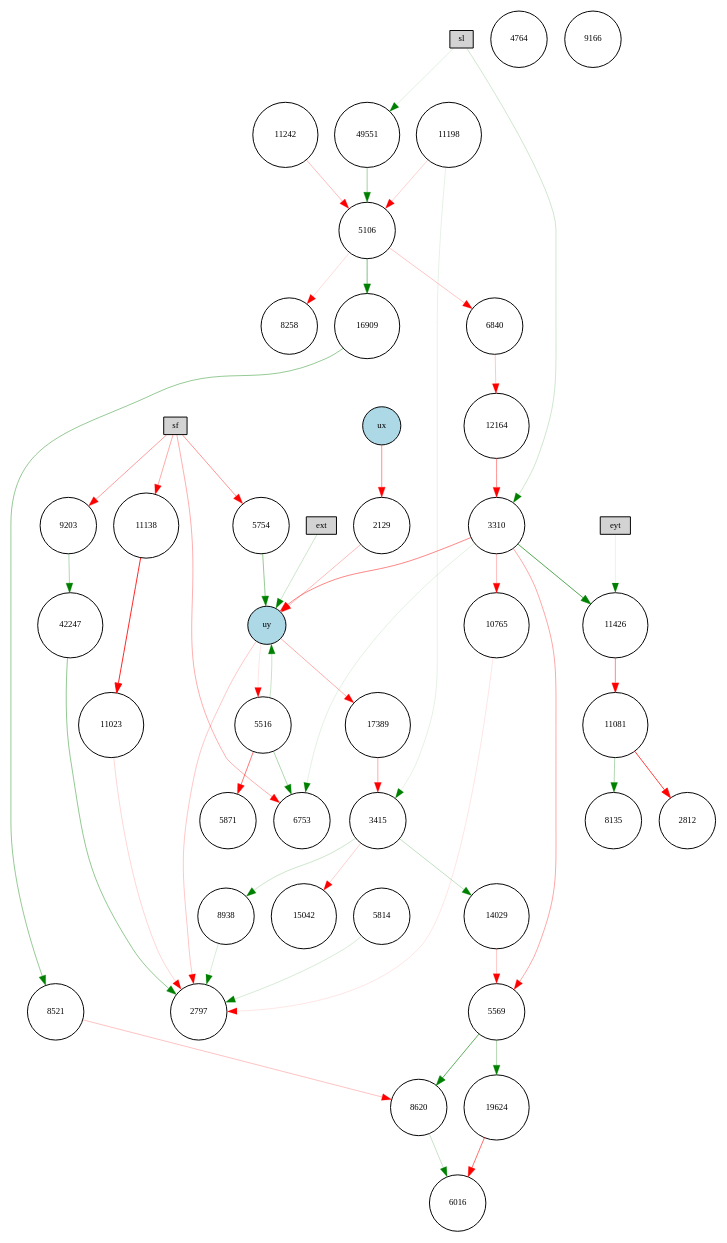
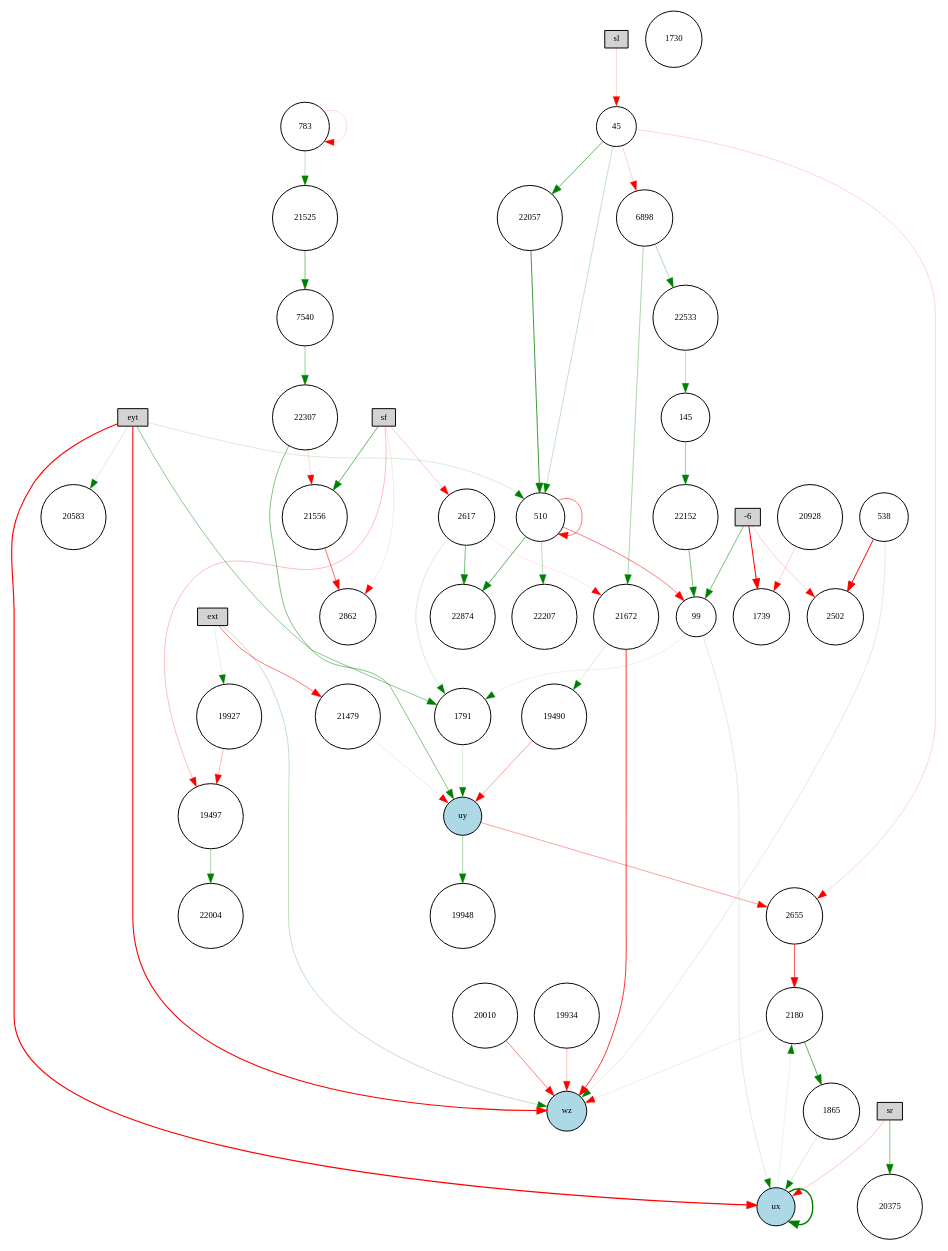
Before and after one commit to KaiL4eK/reinforcement_learning_sandbox: the diagram in pictures_ctrnn/winner-feedforward-enabled.gv, drawn with Graphviz. The commit also changed 20 other files, not shown here.

```diff
--- a/pictures_ctrnn/winner-feedforward-enabled.gv
+++ b/pictures_ctrnn/winner-feedforward-enabled.gv
@@ -1,98 +1,113 @@
 digraph {
 	node [fontsize=9 height=0.2 shape=circle width=0.2]
 	ext [fillcolor=lightgray shape=box style=filled]
 	eyt [fillcolor=lightgray shape=box style=filled]
 	sf [fillcolor=lightgray shape=box style=filled]
 	sl [fillcolor=lightgray shape=box style=filled]
+	sr [fillcolor=lightgray shape=box style=filled]
+	-6 [fillcolor=lightgray shape=box style=filled]
 	ux [fillcolor=lightblue style=filled]
 	uy [fillcolor=lightblue style=filled]
-	6016 [fillcolor=white style=filled]
-	11138 [fillcolor=white style=filled]
-	12164 [fillcolor=white style=filled]
-	42247 [fillcolor=white style=filled]
-	5516 [fillcolor=white style=filled]
-	10765 [fillcolor=white style=filled]
-	16909 [fillcolor=white style=filled]
-	49551 [fillcolor=white style=filled]
-	11023 [fillcolor=white style=filled]
-	4764 [fillcolor=white style=filled]
-	11426 [fillcolor=white style=filled]
-	19624 [fillcolor=white style=filled]
-	8620 [fillcolor=white style=filled]
-	5814 [fillcolor=white style=filled]
-	6840 [fillcolor=white style=filled]
-	11198 [fillcolor=white style=filled]
-	5569 [fillcolor=white style=filled]
-	8258 [fillcolor=white style=filled]
-	15042 [fillcolor=white style=filled]
-	8135 [fillcolor=white style=filled]
-	8521 [fillcolor=white style=filled]
-	11081 [fillcolor=white style=filled]
-	14029 [fillcolor=white style=filled]
-	9166 [fillcolor=white style=filled]
-	2129 [fillcolor=white style=filled]
-	3415 [fillcolor=white style=filled]
-	6753 [fillcolor=white style=filled]
-	11242 [fillcolor=white style=filled]
-	8938 [fillcolor=white style=filled]
-	2797 [fillcolor=white style=filled]
-	17389 [fillcolor=white style=filled]
-	3310 [fillcolor=white style=filled]
-	5871 [fillcolor=white style=filled]
-	5106 [fillcolor=white style=filled]
-	9203 [fillcolor=white style=filled]
-	5754 [fillcolor=white style=filled]
-	2812 [fillcolor=white style=filled]
-	17389 -> 3415 [color=red penwidth=0.34614506023831815 style=solid]
-	5516 -> uy [color=green penwidth=0.23093926866036013 style=solid]
-	11426 -> 11081 [color=red penwidth=0.48623875574002484 style=solid]
-	42247 -> 2797 [color=green penwidth=0.43632363521617756 style=solid]
-	11198 -> 3415 [color=green penwidth=0.10505853788633919 style=solid]
-	2129 -> uy [color=red penwidth=0.27530949339030697 style=solid]
-	12164 -> 3310 [color=red penwidth=0.44306949188534817 style=solid]
-	5569 -> 19624 [color=green penwidth=0.3216588320785131 style=solid]
-	sl -> 3310 [color=green penwidth=0.20212825845497895 style=solid]
-	6840 -> 12164 [color=red penwidth=0.2324470419311897 style=solid]
-	5106 -> 16909 [color=green penwidth=0.5056017387455906 style=solid]
-	11023 -> 2797 [color=red penwidth=0.17410840105472947 style=solid]
-	5569 -> 8620 [color=green penwidth=0.6480099597842315 style=solid]
-	sf -> 6753 [color=red penwidth=0.33174381594822167 style=solid]
-	8620 -> 6016 [color=green penwidth=0.2277472433448042 style=solid]
-	3415 -> 15042 [color=red penwidth=0.20040656157232822 style=solid]
-	11242 -> 5106 [color=red penwidth=0.27969643214271944 style=solid]
-	sf -> 11138 [color=red penwidth=0.3484770770426562 style=solid]
-	9203 -> 42247 [color=green penwidth=0.32271293332348105 style=solid]
-	5754 -> uy [color=green penwidth=0.4331995287619351 style=solid]
-	16909 -> 8521 [color=green penwidth=0.4320250360212363 style=solid]
-	11198 -> 5106 [color=red penwidth=0.1935045247551207 style=solid]
-	3310 -> uy [color=red penwidth=0.48721304460318327 style=solid]
-	11081 -> 8135 [color=green penwidth=0.32053420750796674 style=solid]
-	5516 -> 5871 [color=red penwidth=0.5567888895429403 style=solid]
-	5814 -> 2797 [color=green penwidth=0.16840571511846525 style=solid]
-	sf -> 9203 [color=red penwidth=0.3992075689379728 style=solid]
-	5106 -> 6840 [color=red penwidth=0.2352705840954907 style=solid]
-	8938 -> 2797 [color=green penwidth=0.15858376445868005 style=solid]
-	ext -> uy [color=green penwidth=0.20939136286315033 style=solid]
-	sl -> 49551 [color=green penwidth=0.13037070275777532 style=solid]
-	19624 -> 6016 [color=red penwidth=0.5924315868982178 style=solid]
-	11081 -> 2812 [color=red penwidth=0.7726432046094518 style=solid]
-	49551 -> 5106 [color=green penwidth=0.384392552027467 style=solid]
-	3310 -> 11426 [color=green penwidth=0.7054768664355389 style=solid]
-	8521 -> 8620 [color=red penwidth=0.25075504237281976 style=solid]
-	14029 -> 5569 [color=red penwidth=0.23716027575766674 style=solid]
-	5516 -> 6753 [color=green penwidth=0.33271110222922295 style=solid]
-	10765 -> 2797 [color=red penwidth=0.11286645444033526 style=solid]
-	uy -> 5516 [color=red penwidth=0.10945847791532251 style=solid]
-	5106 -> 8258 [color=red penwidth=0.153078183132502 style=solid]
-	uy -> 2797 [color=red penwidth=0.23352329542313877 style=solid]
-	eyt -> 11426 [color=green penwidth=0.10095857965780627 style=solid]
-	3310 -> 5569 [color=red penwidth=0.3611084965572935 style=solid]
-	3310 -> 10765 [color=red penwidth=0.2757043327093554 style=solid]
-	ux -> 2129 [color=red penwidth=0.46473676162812216 style=solid]
-	3310 -> 6753 [color=green penwidth=0.11543152150032633 style=solid]
-	3415 -> 8938 [color=green penwidth=0.20788856174999237 style=solid]
-	uy -> 17389 [color=red penwidth=0.33942981530415084 style=solid]
-	11138 -> 11023 [color=red penwidth=0.8675770203003772 style=solid]
-	3415 -> 14029 [color=green penwidth=0.2564409344223739 style=solid]
-	sf -> 5754 [color=red penwidth=0.42687501737111 style=solid]
+	wz [fillcolor=lightblue style=filled]
+	2180 [fillcolor=white style=filled]
+	22533 [fillcolor=white style=filled]
+	22152 [fillcolor=white style=filled]
+	783 [fillcolor=white style=filled]
+	145 [fillcolor=white style=filled]
+	21525 [fillcolor=white style=filled]
+	20375 [fillcolor=white style=filled]
+	538 [fillcolor=white style=filled]
+	19490 [fillcolor=white style=filled]
+	22307 [fillcolor=white style=filled]
+	21672 [fillcolor=white style=filled]
+	19497 [fillcolor=white style=filled]
+	20010 [fillcolor=white style=filled]
+	22057 [fillcolor=white style=filled]
+	45 [fillcolor=white style=filled]
+	2862 [fillcolor=white style=filled]
+	21556 [fillcolor=white style=filled]
+	2617 [fillcolor=white style=filled]
+	22207 [fillcolor=white style=filled]
+	20928 [fillcolor=white style=filled]
+	1730 [fillcolor=white style=filled]
+	2502 [fillcolor=white style=filled]
+	1865 [fillcolor=white style=filled]
+	1739 [fillcolor=white style=filled]
+	19927 [fillcolor=white style=filled]
+	22874 [fillcolor=white style=filled]
+	19934 [fillcolor=white style=filled]
+	2655 [fillcolor=white style=filled]
+	99 [fillcolor=white style=filled]
+	20583 [fillcolor=white style=filled]
+	21479 [fillcolor=white style=filled]
+	19948 [fillcolor=white style=filled]
+	6898 [fillcolor=white style=filled]
+	22004 [fillcolor=white style=filled]
+	7540 [fillcolor=white style=filled]
+	510 [fillcolor=white style=filled]
+	1791 [fillcolor=white style=filled]
+	21525 -> 7540 [color=green penwidth=0.5012637404875455 style=solid]
+	19497 -> 22004 [color=green penwidth=0.3367084468200715 style=solid]
+	sf -> 19497 [color=red penwidth=0.2697625939766527 style=solid]
+	510 -> 22207 [color=green penwidth=0.2836053205509269 style=solid]
+	eyt -> wz [color=red penwidth=1.116586694239463 style=solid]
+	sf -> 2617 [color=red penwidth=0.22073739169903644 style=solid]
+	eyt -> ux [color=red penwidth=1.1650727801453922 style=solid]
+	sr -> 20375 [color=green penwidth=0.506918579923321 style=solid]
+	510 -> 22874 [color=green penwidth=0.6522672794633283 style=solid]
+	20010 -> wz [color=red penwidth=0.5442826242263301 style=solid]
+	20928 -> 1739 [color=red penwidth=0.18570044384509615 style=solid]
+	22057 -> 510 [color=green penwidth=0.789728392300762 style=solid]
+	ext -> 21479 [color=red penwidth=0.553832753866583 style=solid]
+	21672 -> 19490 [color=green penwidth=0.16089394435019422 style=solid]
+	7540 -> 22307 [color=green penwidth=0.4035680407688512 style=solid]
+	510 -> 99 [color=red penwidth=0.5397534406143458 style=solid]
+	22533 -> 145 [color=green penwidth=0.2575253599350307 style=solid]
+	eyt -> 510 [color=green penwidth=0.1561237309268993 style=solid]
+	eyt -> 1791 [color=green penwidth=0.46390406377408 style=solid]
+	45 -> 510 [color=green penwidth=0.23892523478489355 style=solid]
+	1865 -> ux [color=green penwidth=0.15882549018744618 style=solid]
+	783 -> 21525 [color=green penwidth=0.24512734916706425 style=solid]
+	22307 -> 21556 [color=red penwidth=0.1563722367199603 style=solid]
+	510 -> 510 [color=red penwidth=0.5396025328441344 style=solid]
+	-6 -> 1739 [color=red penwidth=1.047405427507586 style=solid]
+	99 -> ux [color=green penwidth=0.1387924777373966 style=solid]
+	45 -> 22057 [color=green penwidth=0.6056862528071416 style=solid]
+	1791 -> uy [color=green penwidth=0.171188521111827 style=solid]
+	145 -> 22152 [color=green penwidth=0.38083329126105414 style=solid]
+	uy -> 19948 [color=green penwidth=0.34011183514884125 style=solid]
+	2617 -> 1791 [color=green penwidth=0.1586878656590228 style=solid]
+	2655 -> 2180 [color=red penwidth=0.6861019189854448 style=solid]
+	6898 -> 22533 [color=green penwidth=0.31463324100189066 style=solid]
+	22307 -> uy [color=green penwidth=0.5048734343952793 style=solid]
+	538 -> wz [color=green penwidth=0.14399589905003898 style=solid]
+	2617 -> 22874 [color=green penwidth=0.5178421059361534 style=solid]
+	6898 -> 21672 [color=green penwidth=0.3440745191710304 style=solid]
+	uy -> 2655 [color=red penwidth=0.37787449190958355 style=solid]
+	21479 -> uy [color=red penwidth=0.11835764971057645 style=solid]
+	19934 -> wz [color=red penwidth=0.27203132753534487 style=solid]
+	19490 -> uy [color=red penwidth=0.38131006266569567 style=solid]
+	45 -> 6898 [color=red penwidth=0.1933903132123948 style=solid]
+	ux -> 2180 [color=green penwidth=0.10128354970169468 style=solid]
+	sl -> 45 [color=red penwidth=0.1818443082803971 style=solid]
+	-6 -> 2502 [color=red penwidth=0.18538049741286805 style=solid]
+	eyt -> 20583 [color=green penwidth=0.1530594944169626 style=solid]
+	783 -> 783 [color=red penwidth=0.14460969504788135 style=solid]
+	sr -> ux [color=red penwidth=0.2361089650624779 style=solid]
+	22152 -> 99 [color=green penwidth=0.5136849531579115 style=solid]
+	ux -> ux [color=green penwidth=1.4274144529445252 style=solid]
+	ext -> wz [color=green penwidth=0.2548494398598897 style=solid]
+	ext -> 19927 [color=green penwidth=0.11260889010463139 style=solid]
+	45 -> 2655 [color=red penwidth=0.16950082929650057 style=solid]
+	19927 -> 19497 [color=red penwidth=0.2796694653993433 style=solid]
+	2180 -> wz [color=red penwidth=0.11107557391911192 style=solid]
+	2617 -> 21672 [color=red penwidth=0.1124622378242515 style=solid]
+	538 -> 2502 [color=red penwidth=1.0112227675445034 style=solid]
+	21556 -> 2862 [color=red penwidth=0.5989418124478092 style=solid]
+	2180 -> 1865 [color=green penwidth=0.6524839872228758 style=solid]
+	21672 -> wz [color=red penwidth=0.8120129784224069 style=solid]
+	sf -> 21556 [color=green penwidth=0.6092729467561104 style=solid]
+	-6 -> 99 [color=green penwidth=0.5261617823202004 style=solid]
+	99 -> 1791 [color=green penwidth=0.10142260086676654 style=solid]
+	sf -> 2862 [color=red penwidth=0.11098545098751966 style=solid]
 }
```
